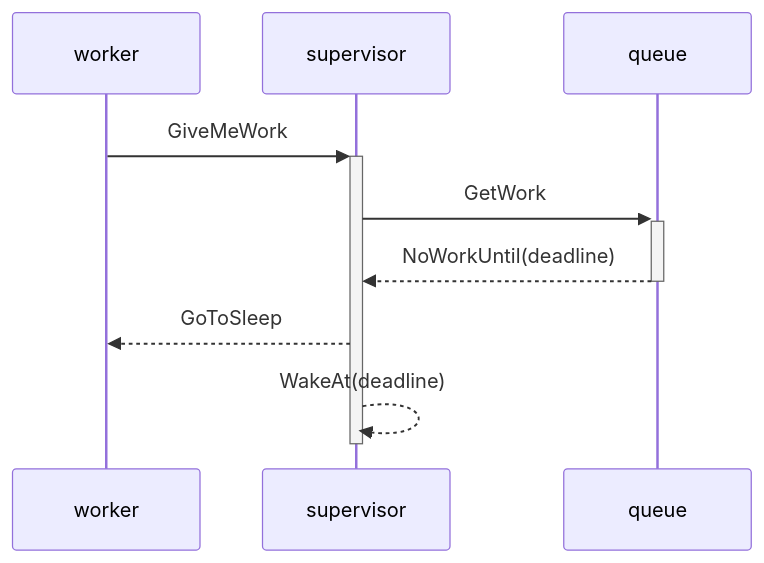
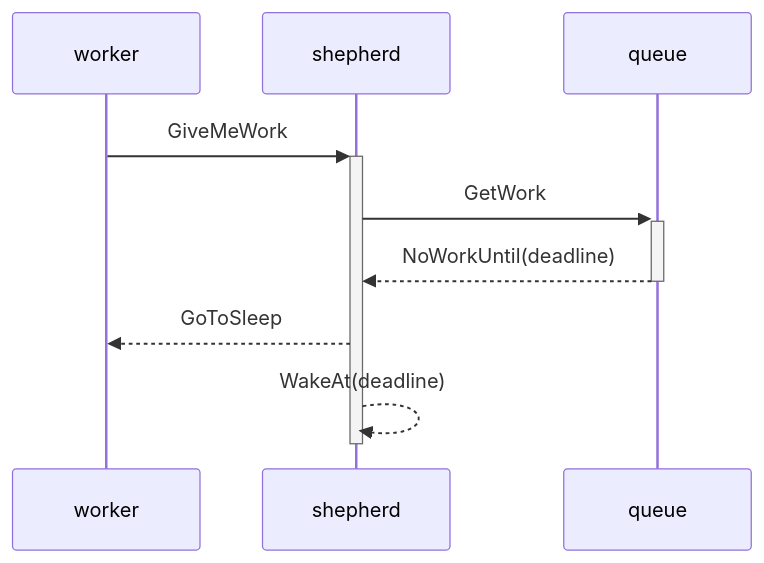
One commit to popiel/worker-pool changed the fourth of 7 diagrams in README.md. Above: the diagram before and after it, drawn with Mermaid. The commit also changed other lines of this file, not shown here.

Commit message:
Rename supervisor to shepherd to highlight added responsibility

````diff
--- a/README.md
+++ b/README.md
@@ -88,8 +88,8 @@
 ```mermaid
 sequenceDiagram
-worker ->>+ supervisor: GiveMeWork
-supervisor ->>+ queue: GetWork
-queue -->>- supervisor: NoWorkUntil(deadline)
-supervisor -->> worker: GoToSleep
-supervisor -->>- supervisor: WakeAt(deadline)
+worker ->>+ shepherd: GiveMeWork
+shepherd ->>+ queue: GetWork
+queue -->>- shepherd: NoWorkUntil(deadline)
+shepherd -->> worker: GoToSleep
+shepherd -->>- shepherd: WakeAt(deadline)
 ```
````
